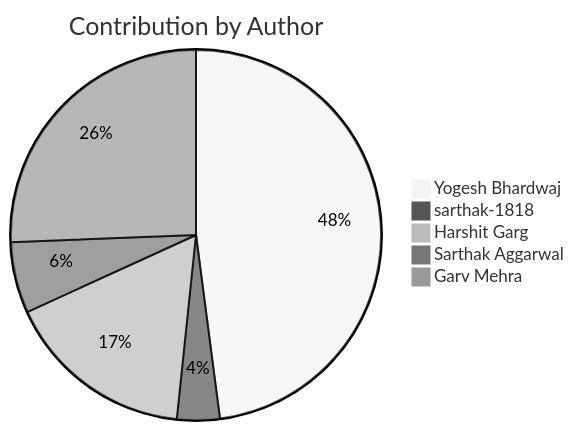
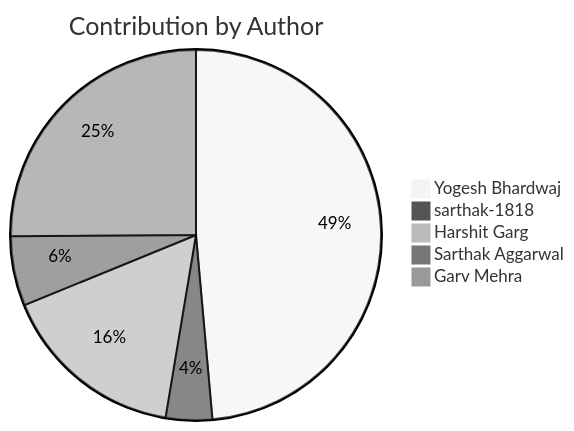
The second of 2 diagrams in README.md (Yogesh-Bhardwaj-hue/Scm-Final_2.0), drawn with Mermaid (neutral theme) before and after one commit. The commit also changed other lines of this file, not shown here.

Commit message:
Update contribution charts

````diff
--- a/README.md
+++ b/README.md
@@ -190,8 +190,8 @@
 ```mermaid
 pie title Contribution by Author
-    "Yogesh Bhardwaj": 116
-    "sarthak-1818": 9
+    "Yogesh Bhardwaj": 120
+    "sarthak-1818": 10
     "Harshit Garg": 40
     "Sarthak Aggarwal": 15
     "Garv Mehra": 62
 ```
````
